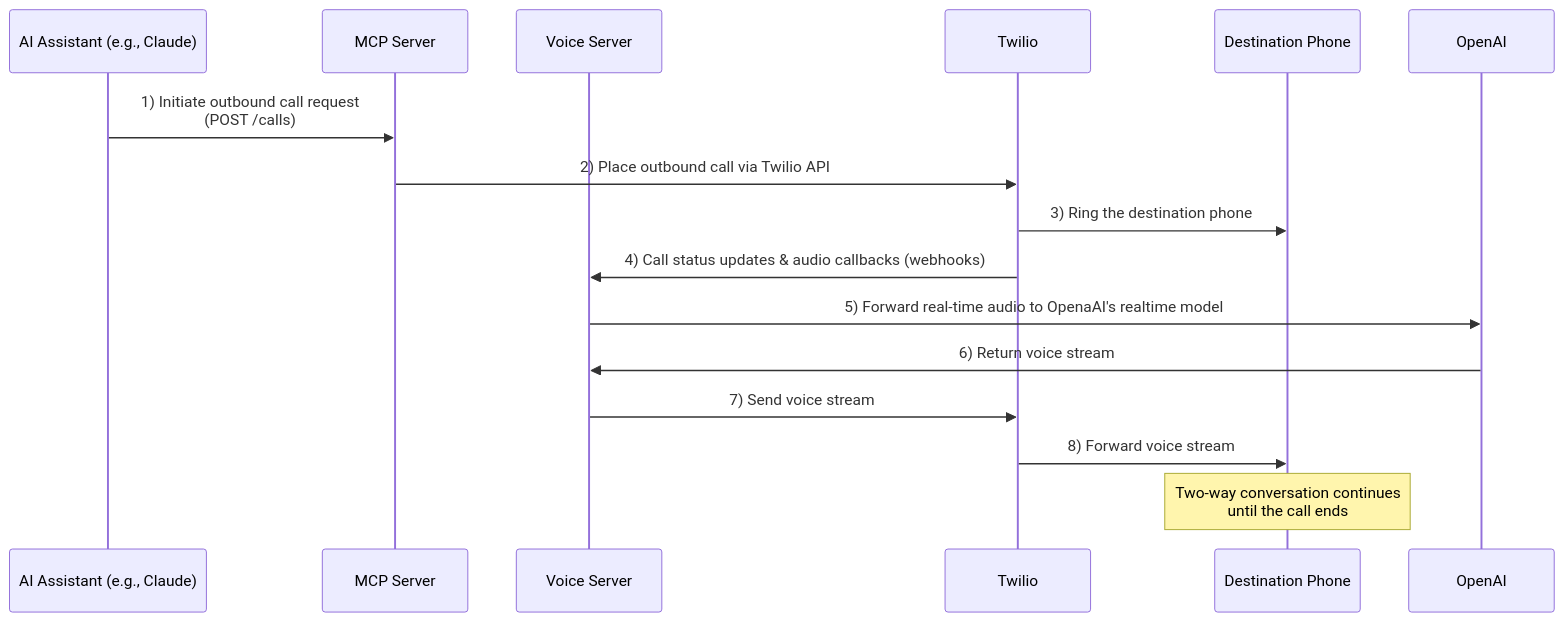
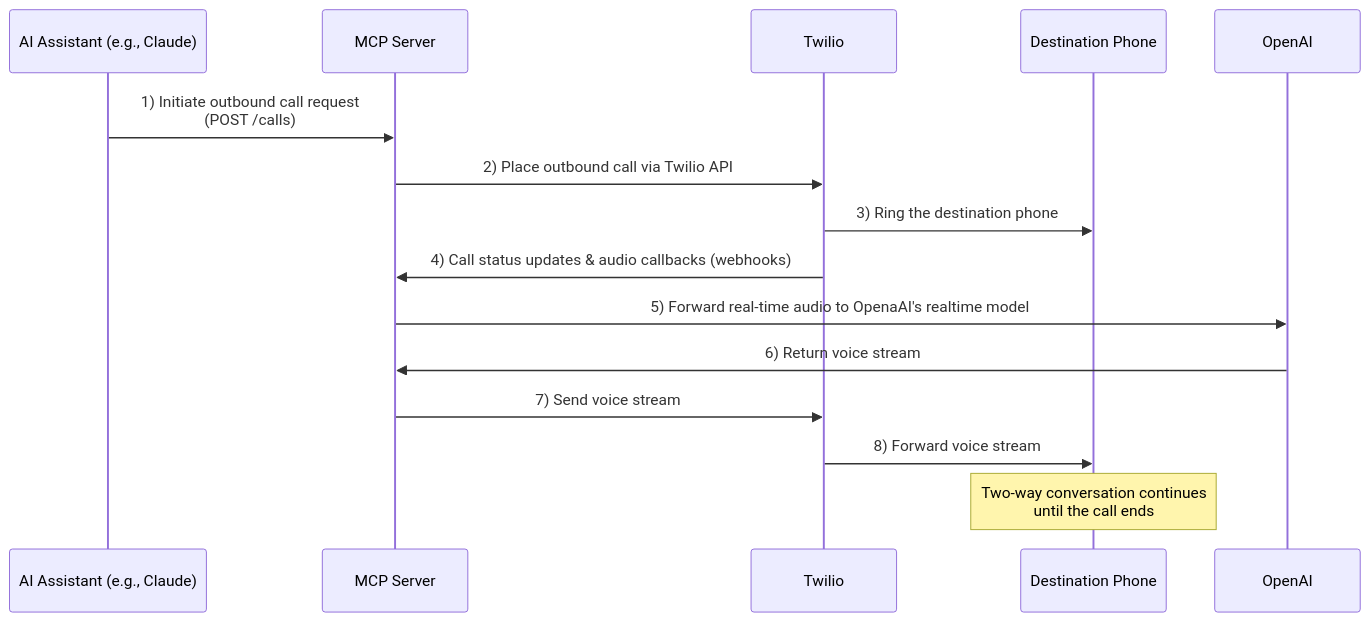
The diagram in README.md (theamolghuge/voice-call-mcp-server), drawn with Mermaid before and after one commit.

````diff
--- a/README.md
+++ b/README.md
@@ -12,19 +12,18 @@
 ```mermaid
 sequenceDiagram
     participant AI as AI Assistant (e.g., Claude)
     participant MCP as MCP Server
-    participant Voice as Voice Server
     participant Twilio as Twilio
     participant Phone as Destination Phone
     participant OpenAI as OpenAI
     
     AI->>MCP: 1) Initiate outbound call request <br>(POST /calls)
     MCP->>Twilio: 2) Place outbound call via Twilio API
     Twilio->>Phone: 3) Ring the destination phone
-    Twilio->>Voice: 4) Call status updates & audio callbacks (webhooks)
-    Voice->>OpenAI: 5) Forward real-time audio to OpenaAI's realtime model
-    OpenAI->>Voice: 6) Return voice stream
-    Voice->>Twilio: 7) Send voice stream
+    Twilio->>MCP: 4) Call status updates & audio callbacks (webhooks)
+    MCP->>OpenAI: 5) Forward real-time audio to OpenaAI's realtime model
+    OpenAI->>MCP: 6) Return voice stream
+    MCP->>Twilio: 7) Send voice stream
     Twilio->>Phone: 8) Forward voice stream
     Note over Phone: Two-way conversation continues <br>until the call ends
 ```
````
